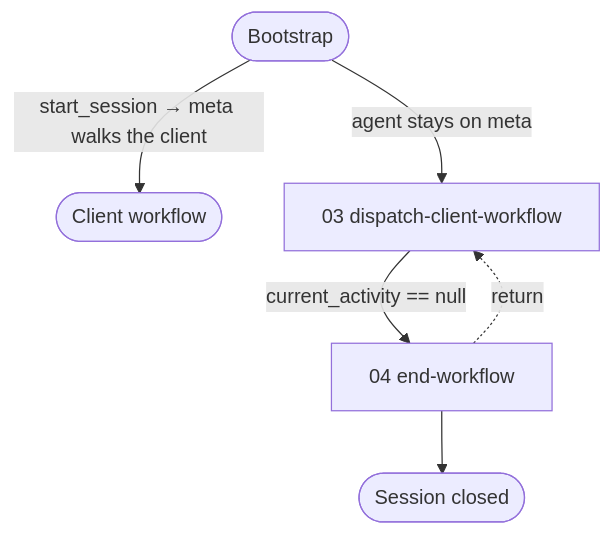
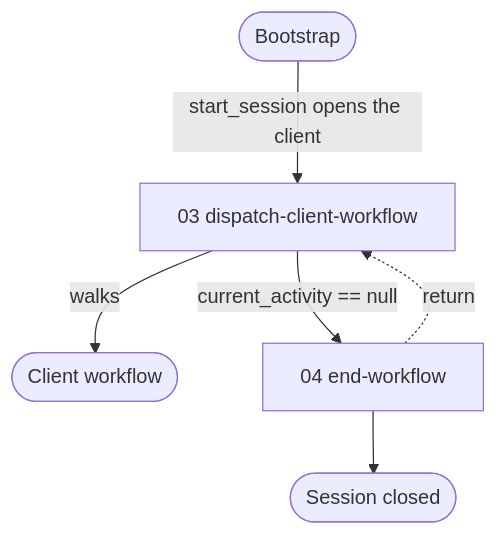
The diagram in corpus/meta/README.md (m2ux/workflow-server), drawn with Mermaid before and after one commit. The commit also changed other lines of this file and 8 other files, not shown here.

````diff
--- a/corpus/meta/README.md
+++ b/corpus/meta/README.md
@@ -34,8 +34,8 @@
 ```mermaid
 graph TD
-    startNode(["Bootstrap"]) -->|"start_session → meta walks the client"| childNode(["Client workflow"])
-    startNode -->|"agent stays on meta"| DSP["03 dispatch-client-workflow"]
+    startNode(["Bootstrap"]) -->|"start_session opens the client"| DSP["03 dispatch-client-workflow"]
+    DSP -->|"walks"| childNode(["Client workflow"])
     DSP -->|"current_activity == null"| END["04 end-workflow"]
     END -.->|"return"| DSP
     END --> doneNode(["Session closed"])
 ```
````
